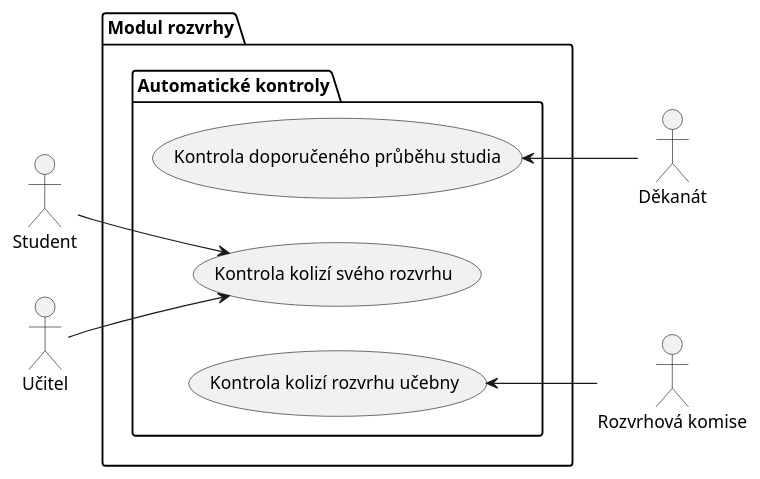
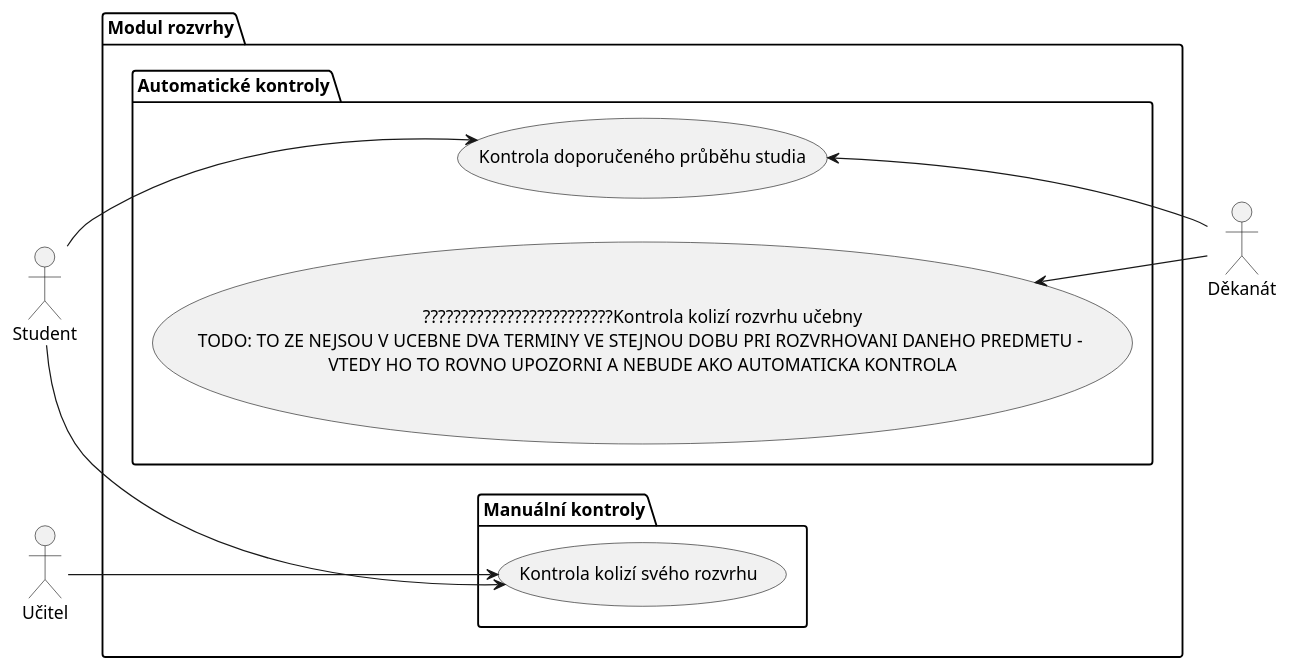
Before and after one commit to Cross-bit/NSWI041: the third of 9 diagrams in seminar-work-template.md, drawn with PlantUML. The commit also changed other lines of this file, not shown here.

````diff
--- a/seminar-work-template.md
+++ b/seminar-work-template.md
@@ -184,28 +230,31 @@
 ```plantuml
 @startuml
 left to right direction
 
 '======== Actors ========
 actor Student
 actor Učitel
 actor Děkanát
-actor "Rozvrhová komise" as RK
 
 '======== Use Cases ========
 package "Modul rozvrhy" {
+  package "Manuální kontroly" {
+    usecase "Kontrola kolizí svého rozvrhu" as UC2
+  }
+
   Package "Automatické kontroly" {
     usecase "Kontrola doporučeného průběhu studia" as UC1
-    usecase "Kontrola kolizí svého rozvrhu" as UC2
-    usecase "Kontrola kolizí rozvrhu učebny" as UC3
+    usecase "?????????????????????????Kontrola kolizí rozvrhu učebny\nTODO: TO ZE NEJSOU V UCEBNE DVA TERMINY VE STEJNOU DOBU PRI ROZVRHOVANI DANEHO PREDMETU - \nVTEDY HO TO ROVNO UPOZORNI A NEBUDE AKO AUTOMATICKA KONTROLA" as UC3
   }
 }
 
 '======== Use case links ========
+Student --> UC1
 Student --> UC2
 Učitel --> UC2
 
 'Right hand side
 UC1 <-- Děkanát
-UC3 <-- RK
+UC3 <-- Děkanát
 @enduml
 ```
````
